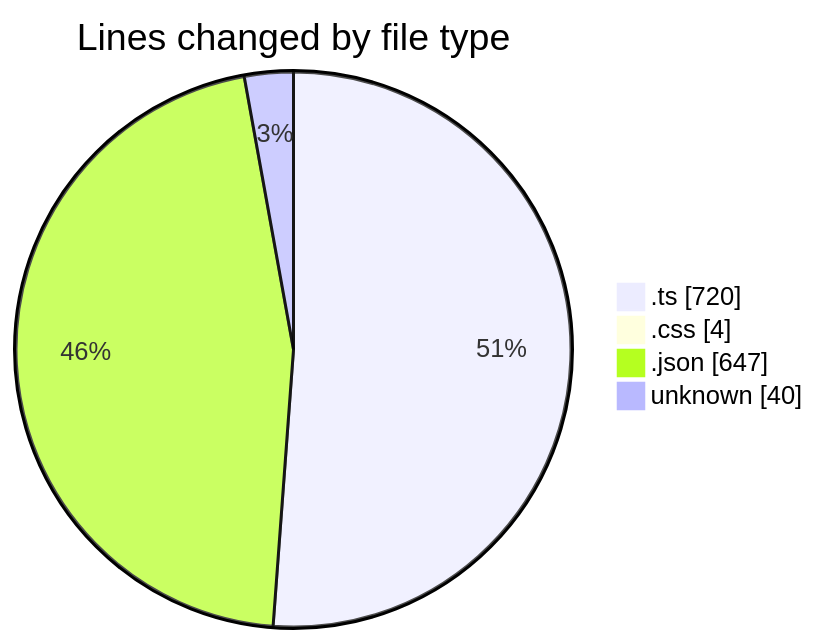
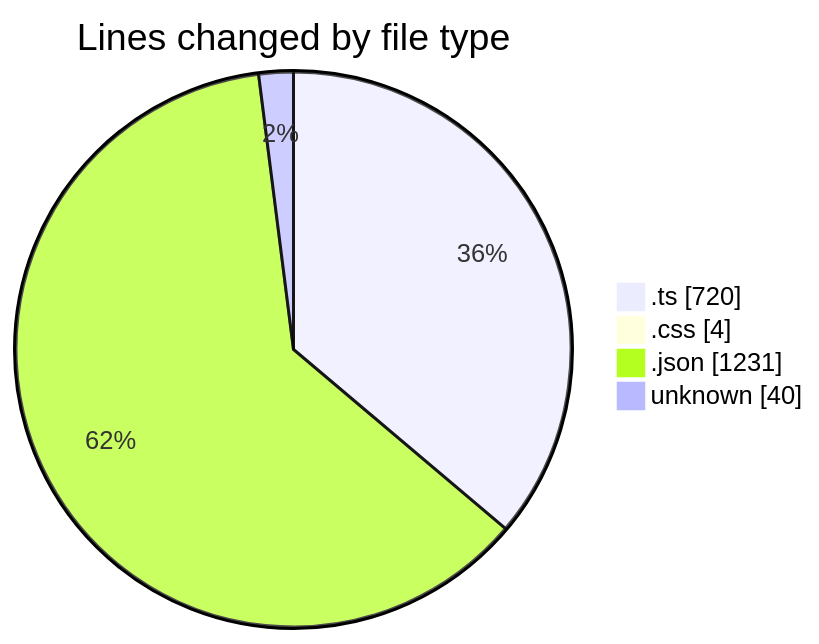
One commit to EIIisD/code-tracking changed the first of 2 diagrams in 2025-07-13/tampermonkey/README.md. Above: the diagram before and after it, drawn with Mermaid. The commit also changed other lines of this file and 1 other file, not shown here.

````diff
--- a/2025-07-13/tampermonkey/README.md
+++ b/2025-07-13/tampermonkey/README.md
@@ -32,8 +33,8 @@
 ```mermaid
 pie showData
 title Lines changed by file type
 ".ts" : 720
 ".css" : 4
-".json" : 647
+".json" : 1231
 "unknown" : 40
 ```
````
